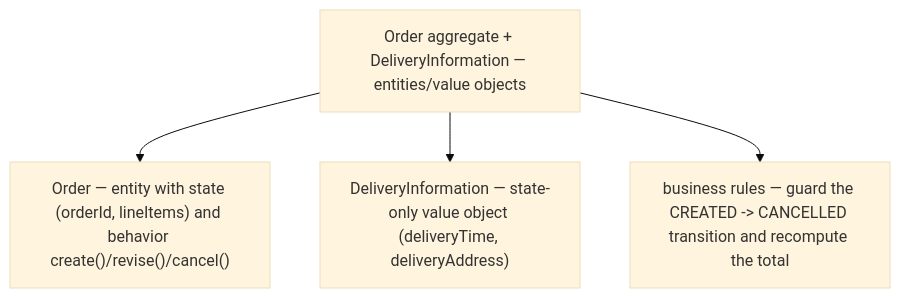
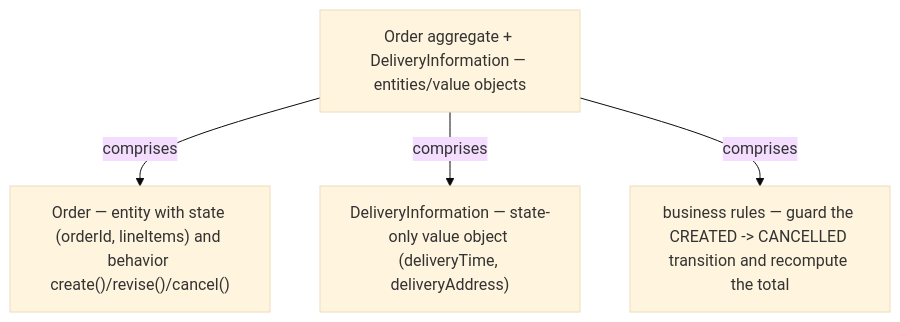
One commit to vinayakuber/microservices-io-study-guide changed the sixth of 14 diagrams in docs/ch18-domain-model.md. Above: the diagram before and after it, drawn with Mermaid (base theme). The commit also changed other lines of this file and 71 other files, not shown here.

First line of the commit message:
R18: label every diagram arrow with its meaning

````diff
--- a/docs/ch18-domain-model.md
+++ b/docs/ch18-domain-model.md
@@ -228,7 +228,7 @@
 ```mermaid
 flowchart TD
   R["Order aggregate + DeliveryInformation — entities/value objects"]
-  R --> P0["Order — entity with state (orderId, lineItems) and behavior create()/revise()/cancel()"]
-  R --> P1["DeliveryInformation — state-only value object (deliveryTime, deliveryAddress)"]
-  R --> P2["business rules — guard the CREATED -&gt; CANCELLED transition and recompute the total"]
+  R -->|"comprises"| P0["Order — entity with state (orderId, lineItems) and behavior create()/revise()/cancel()"]
+  R -->|"comprises"| P1["DeliveryInformation — state-only value object (deliveryTime, deliveryAddress)"]
+  R -->|"comprises"| P2["business rules — guard the CREATED -&gt; CANCELLED transition and recompute the total"]
 ```
````
